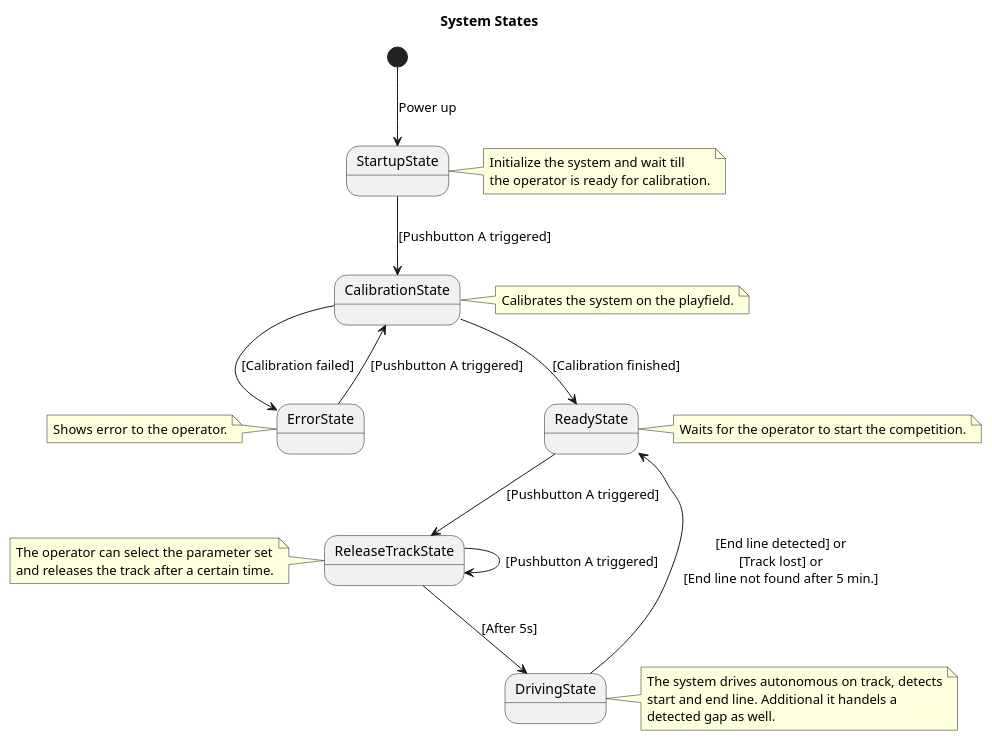
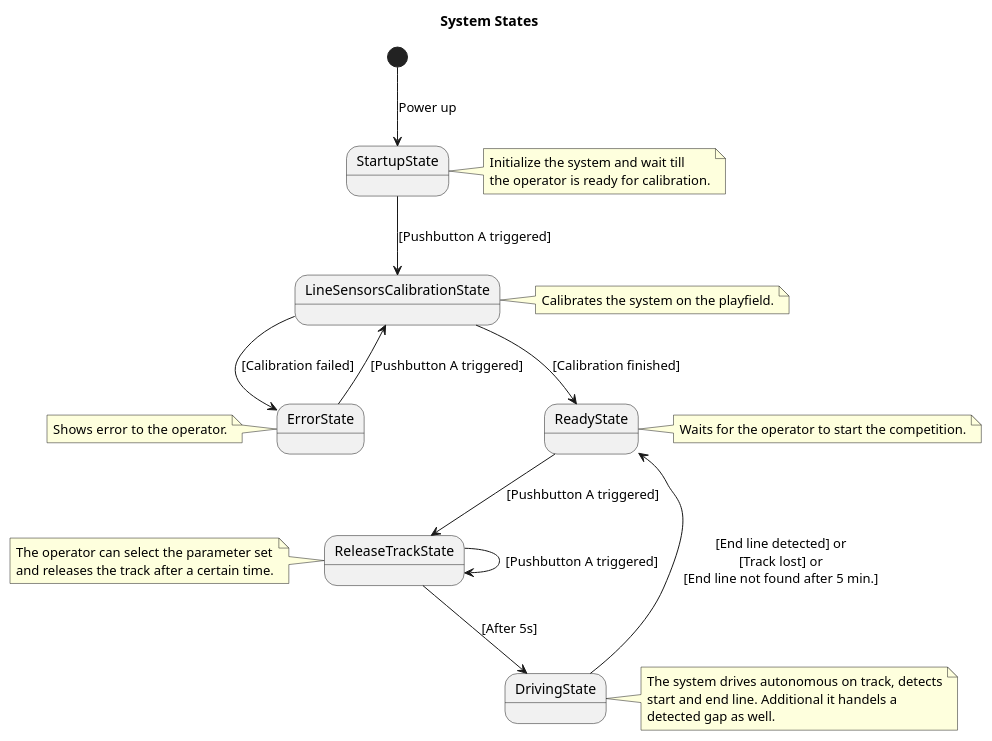
The diagram in doc/architecture/uml/ProcessView/SystemStates.plantuml (BlueAndi/RadonUlzer), drawn with PlantUML before and after one commit. The commit also changed 16 other files, not shown here.

Commit message:
Relative encoder replaces the previous RelativeEncoders for simplicity. Line sensor calibration refactored.

```diff
--- a/doc/architecture/uml/ProcessView/SystemStates.plantuml
+++ b/doc/architecture/uml/ProcessView/SystemStates.plantuml
@@ -1,50 +1,50 @@
 @startuml
 
 title System States
 
 state StartupState
-state CalibrationState
+state LineSensorsCalibrationState
 state ErrorState
 state DrivingState
 state ReadyState
 state ReleaseTrackState
 
 [*] --> StartupState: Power up
-StartupState --> CalibrationState: [Pushbutton A triggered]
-CalibrationState --> ReadyState: [Calibration finished]
-CalibrationState --> ErrorState: [Calibration failed]
+StartupState --> LineSensorsCalibrationState: [Pushbutton A triggered]
+LineSensorsCalibrationState --> ReadyState: [Calibration finished]
+LineSensorsCalibrationState --> ErrorState: [Calibration failed]
 ReadyState --> ReleaseTrackState: [Pushbutton A triggered]
 ReleaseTrackState --> DrivingState: [After 5s]
 ReleaseTrackState --> ReleaseTrackState: [Pushbutton A triggered]
 DrivingState --> ReadyState: [End line detected] or\n[Track lost] or\n[End line not found after 5 min.]
-ErrorState --> CalibrationState: [Pushbutton A triggered]
+ErrorState --> LineSensorsCalibrationState: [Pushbutton A triggered]
 
 note right of StartupState
     Initialize the system and wait till
     the operator is ready for calibration.
 end note
 
-note right of CalibrationState
+note right of LineSensorsCalibrationState
     Calibrates the system on the playfield.
 end note
 
 note left of ErrorState
     Shows error to the operator.
 end note
 
 note right of ReadyState
     Waits for the operator to start the competition.
 end note
 
 note left of ReleaseTrackState
     The operator can select the parameter set
     and releases the track after a certain time.
 end note
 
 note right of DrivingState
     The system drives autonomous on track, detects
     start and end line. Additional it handels a
     detected gap as well.
 end note
 
 @enduml
```
